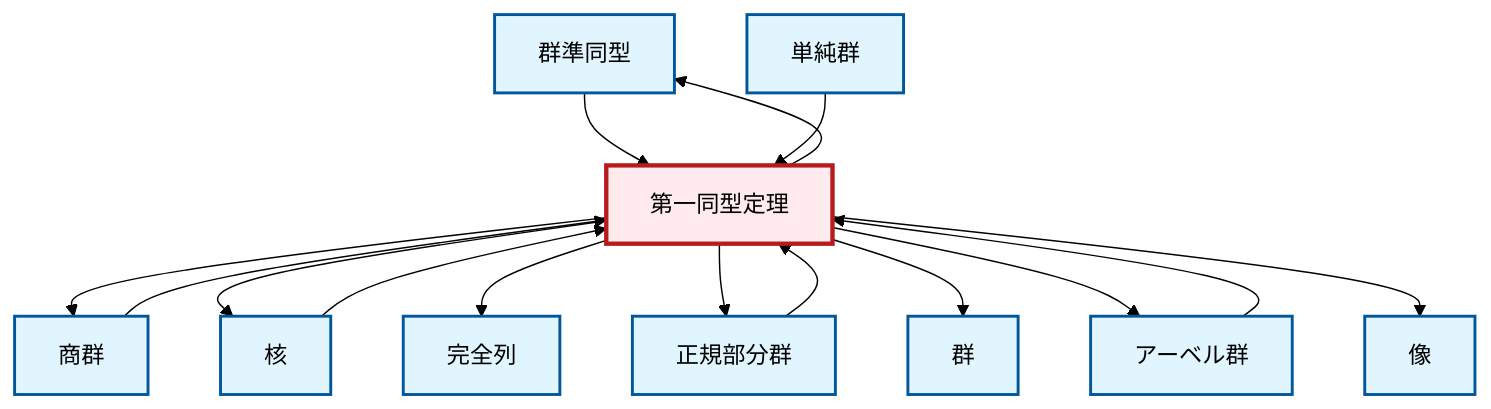
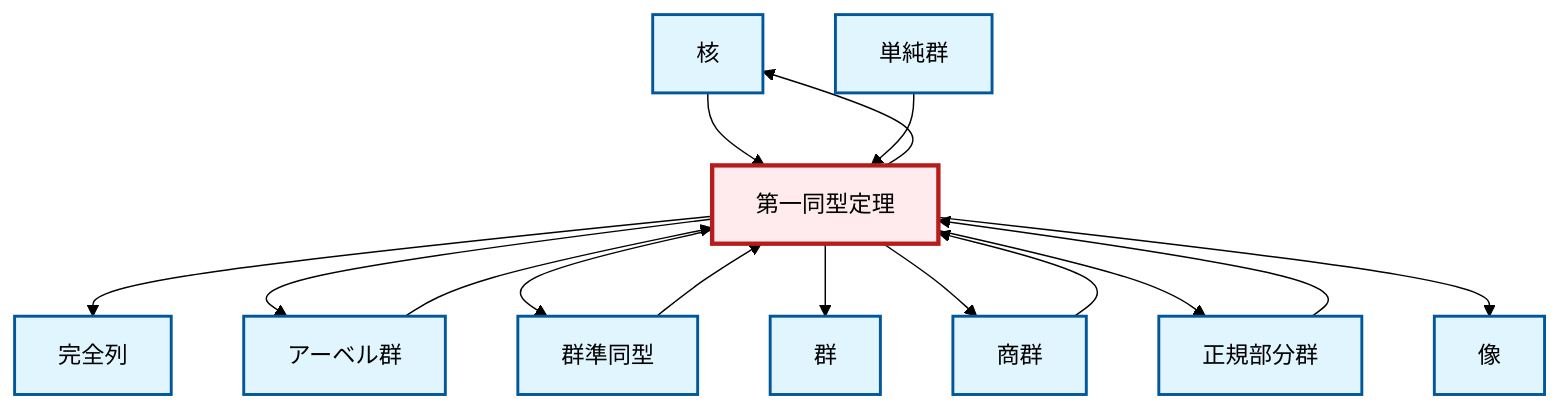
Before and after one commit to RK0429/ModernMath: the diagram in output/mermaid/ja/thm-first-isomorphism.mermaid, drawn with Mermaid (forest theme). The commit also changed other lines of this file and 1716 other files, not shown here.

```diff
--- a/output/mermaid/ja/thm-first-isomorphism.mermaid
+++ b/output/mermaid/ja/thm-first-isomorphism.mermaid
@@ -1,31 +1,31 @@
 graph TD
     classDef definition fill:#e1f5fe,stroke:#01579b,stroke-width:2px
     classDef theorem fill:#f3e5f5,stroke:#4a148c,stroke-width:2px
     classDef axiom fill:#fff3e0,stroke:#e65100,stroke-width:2px
     classDef example fill:#e8f5e9,stroke:#1b5e20,stroke-width:2px
     classDef current fill:#ffebee,stroke:#b71c1c,stroke-width:3px
+    def-kernel["核"]:::definition
+    def-exact-sequence["完全列"]:::definition
     def-homomorphism["群準同型"]:::definition
+    thm-first-isomorphism["第一同型定理"]:::theorem
+    def-quotient-group["商群"]:::definition
+    def-image["像"]:::definition
+    def-simple-group["単純群"]:::definition
     def-group["群"]:::definition
-    def-image["像"]:::definition
-    def-quotient-group["商群"]:::definition
     def-abelian-group["アーベル群"]:::definition
-    def-kernel["核"]:::definition
-    def-simple-group["単純群"]:::definition
-    def-exact-sequence["完全列"]:::definition
-    thm-first-isomorphism["第一同型定理"]:::theorem
     def-normal-subgroup["正規部分群"]:::definition
+    def-kernel --> thm-first-isomorphism
+    thm-first-isomorphism --> def-kernel
+    def-normal-subgroup --> thm-first-isomorphism
+    def-quotient-group --> thm-first-isomorphism
+    thm-first-isomorphism --> def-exact-sequence
+    def-abelian-group --> thm-first-isomorphism
+    thm-first-isomorphism --> def-abelian-group
+    thm-first-isomorphism --> def-homomorphism
+    thm-first-isomorphism --> def-group
     thm-first-isomorphism --> def-quotient-group
-    thm-first-isomorphism --> def-homomorphism
-    thm-first-isomorphism --> def-kernel
-    def-abelian-group --> thm-first-isomorphism
-    thm-first-isomorphism --> def-exact-sequence
-    def-normal-subgroup --> thm-first-isomorphism
+    def-simple-group --> thm-first-isomorphism
+    def-homomorphism --> thm-first-isomorphism
     thm-first-isomorphism --> def-normal-subgroup
-    thm-first-isomorphism --> def-group
-    def-homomorphism --> thm-first-isomorphism
-    def-quotient-group --> thm-first-isomorphism
-    def-kernel --> thm-first-isomorphism
-    thm-first-isomorphism --> def-abelian-group
     thm-first-isomorphism --> def-image
-    def-simple-group --> thm-first-isomorphism
     class thm-first-isomorphism current
```
